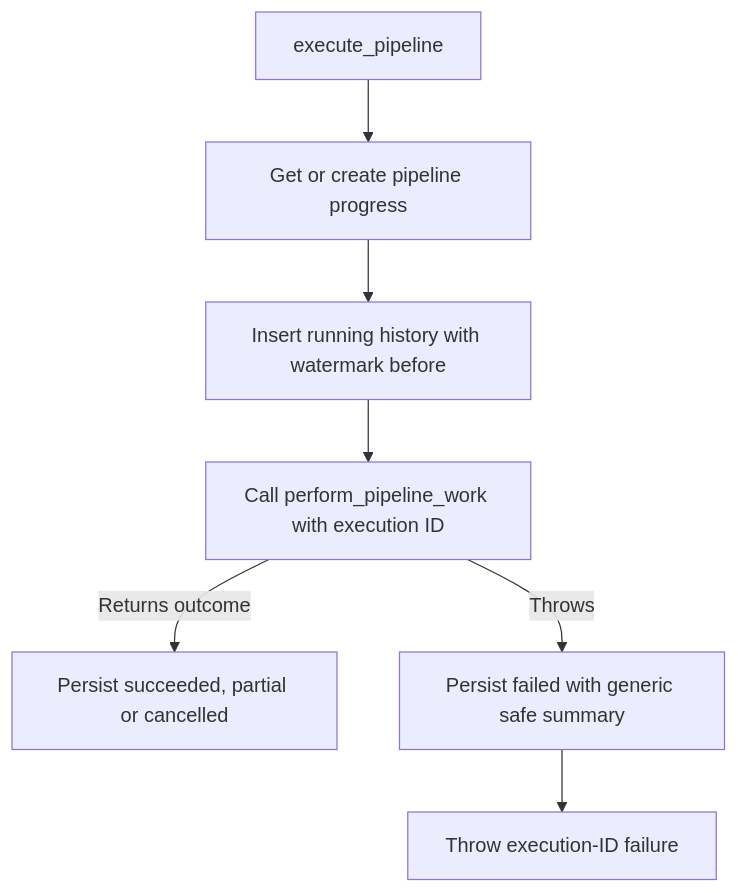
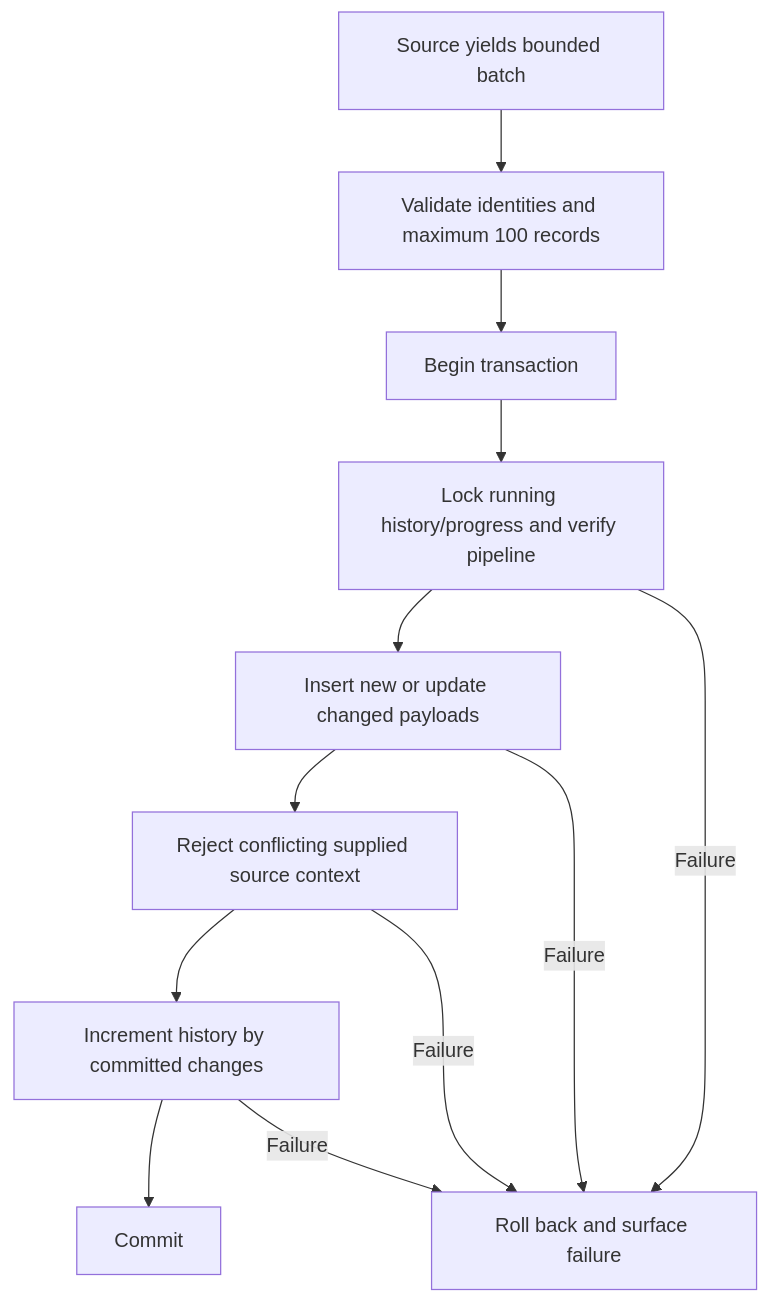
The second of 3 diagrams in documentation/data-flow.md (Shralp-Tamarack/data-pipeline-system-v2), drawn with Mermaid before and after one commit. The commit also changed other lines of this file and 42 other files, not shown here.

````diff
--- a/documentation/data-flow.md
+++ b/documentation/data-flow.md
@@ -22,9 +37,14 @@
 ```mermaid
 flowchart TD
-    A[execute_pipeline] --> B[Get or create pipeline progress]
-    B --> C[Insert running history with watermark before]
-    C --> D[Call perform_pipeline_work with execution ID]
-    D -->|Returns outcome| E[Persist succeeded, partial or cancelled]
-    D -->|Throws| F[Persist failed with generic safe summary]
-    F --> G[Throw execution-ID failure]
+    A[Source yields bounded batch] --> B[Validate identities and maximum 100 records]
+    B --> C[Begin transaction]
+    C --> D[Lock running history/progress and verify pipeline]
+    D --> E[Insert new or update changed payloads]
+    E --> F[Reject conflicting supplied source context]
+    F --> G[Increment history by committed changes]
+    G --> H[Commit]
+    D -->|Failure| R[Roll back and surface failure]
+    E -->|Failure| R
+    F -->|Failure| R
+    G -->|Failure| R
 ```
````
